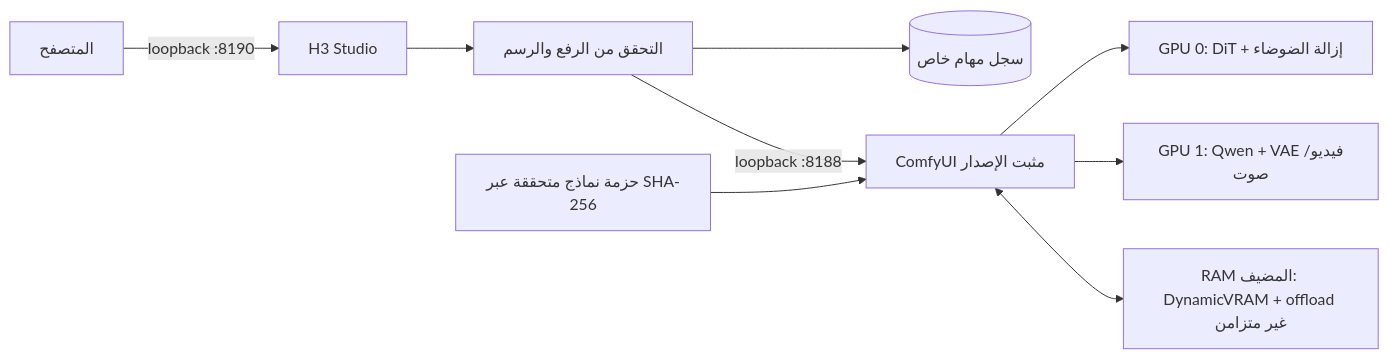
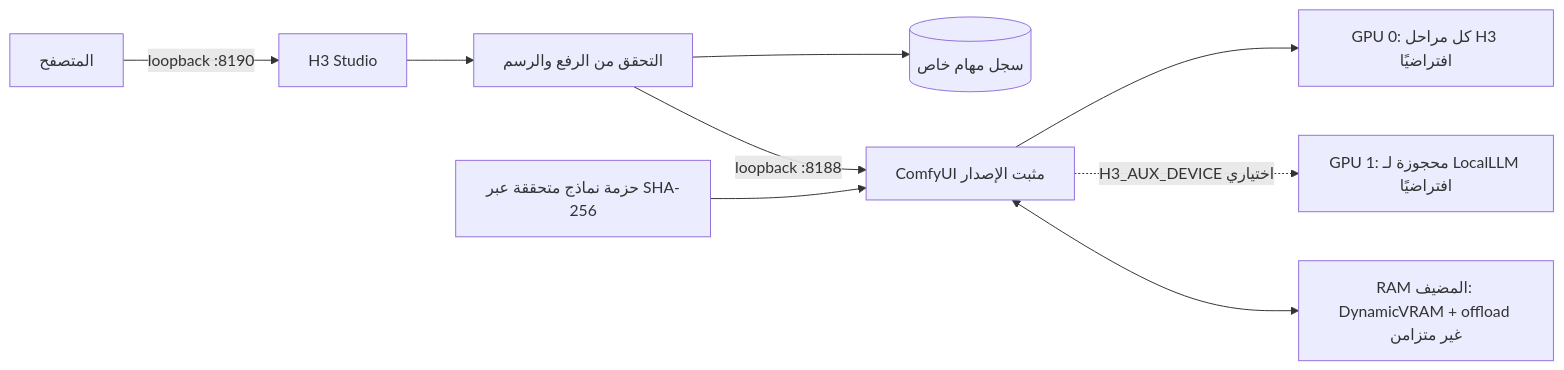
The diagram in i18n/README.ar.md (lachlanchen/LocalVideoGen), drawn with Mermaid before and after one commit. The commit also changed other lines of this file and 28 other files, not shown here.

````diff
--- a/i18n/README.ar.md
+++ b/i18n/README.ar.md
@@ -54,11 +56,12 @@
 ```mermaid
 flowchart LR
     B[المتصفح] -->|loopback :8190| S[H3 Studio]
     S --> V[التحقق من الرفع والرسم]
     V --> J[(سجل مهام خاص)]
     V -->|loopback :8188| C[ComfyUI مثبت الإصدار]
-    C --> G0[GPU 0: DiT + إزالة الضوضاء]
-    C --> G1[GPU 1: Qwen + VAE فيديو/صوت]
+    C --> G0[GPU 0: كل مراحل H3 افتراضيًا]
+    G1[GPU 1: محجوزة لـ LocalLLM افتراضيًا]
+    C -. H3_AUX_DEVICE اختياري .-> G1
     C <--> R[RAM المضيف: DynamicVRAM + offload غير متزامن]
     M[حزمة نماذج متحققة عبر SHA-256] --> C
 ```
````
